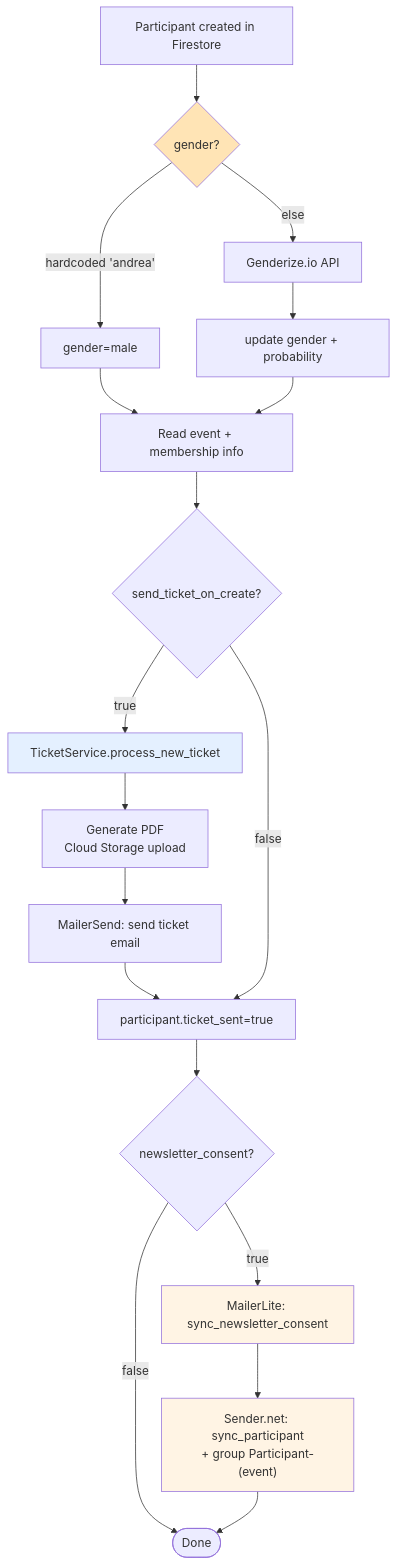
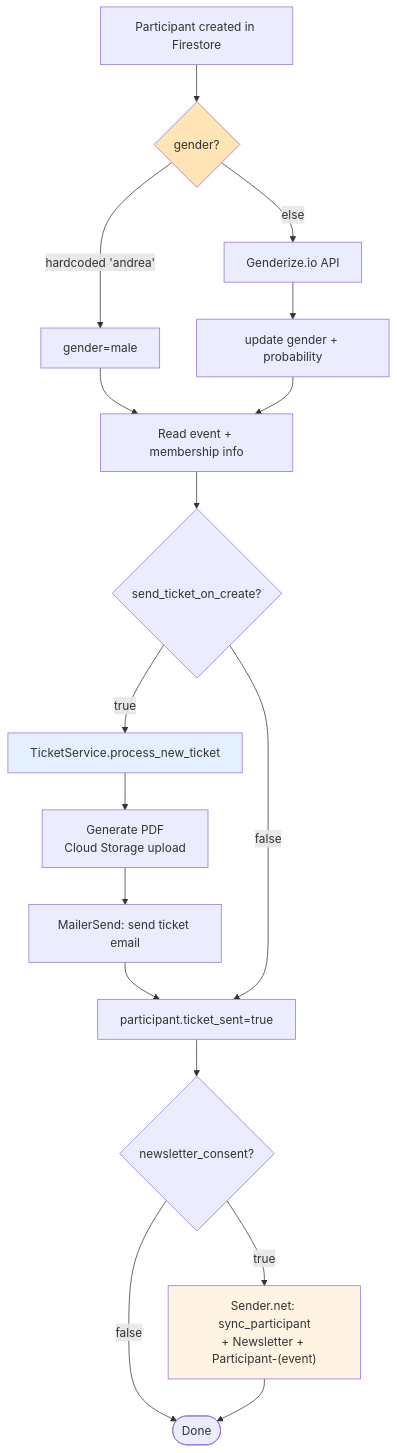
Diagram 22 of 35 in mcp-backend/BACKEND_USE_CASES.md (Vittorix99/mcp-website), drawn with Mermaid before and after one commit. The commit also changed other lines of this file and 180 other files, not shown here.

````diff
--- a/mcp-backend/BACKEND_USE_CASES.md
+++ b/mcp-backend/BACKEND_USE_CASES.md
@@ -935,26 +946,24 @@
 ```mermaid
 flowchart TD
     A[Participant created in Firestore] --> B{gender?}
     B -->|hardcoded 'andrea'| C[gender=male]
     B -->|else| D[Genderize.io API]
     D --> E[update gender + probability]
     C --> F
     E --> F
 
     F[Read event + membership info] --> G{send_ticket_on_create?}
     G -->|true| H[TicketService.process_new_ticket]
     H --> I[Generate PDF<br/>Cloud Storage upload]
     I --> J[MailerSend: send ticket email]
     J --> K[participant.ticket_sent=true]
     G -->|false| K
     K --> L{newsletter_consent?}
-    L -->|true| M[MailerLite: sync_newsletter_consent]
-    M --> N["Sender.net: sync_participant<br/>+ group Participant-(event)"]
+    L -->|true| M["Sender.net: sync_participant<br/>+ Newsletter + Participant-(event)"]
     L -->|false| End
-    N --> End([Done])
+    M --> End([Done])
 
     style B fill:#ffe4b5
     style H fill:#e4f0ff
     style M fill:#fff4e4
-    style N fill:#fff4e4
 ```
````
